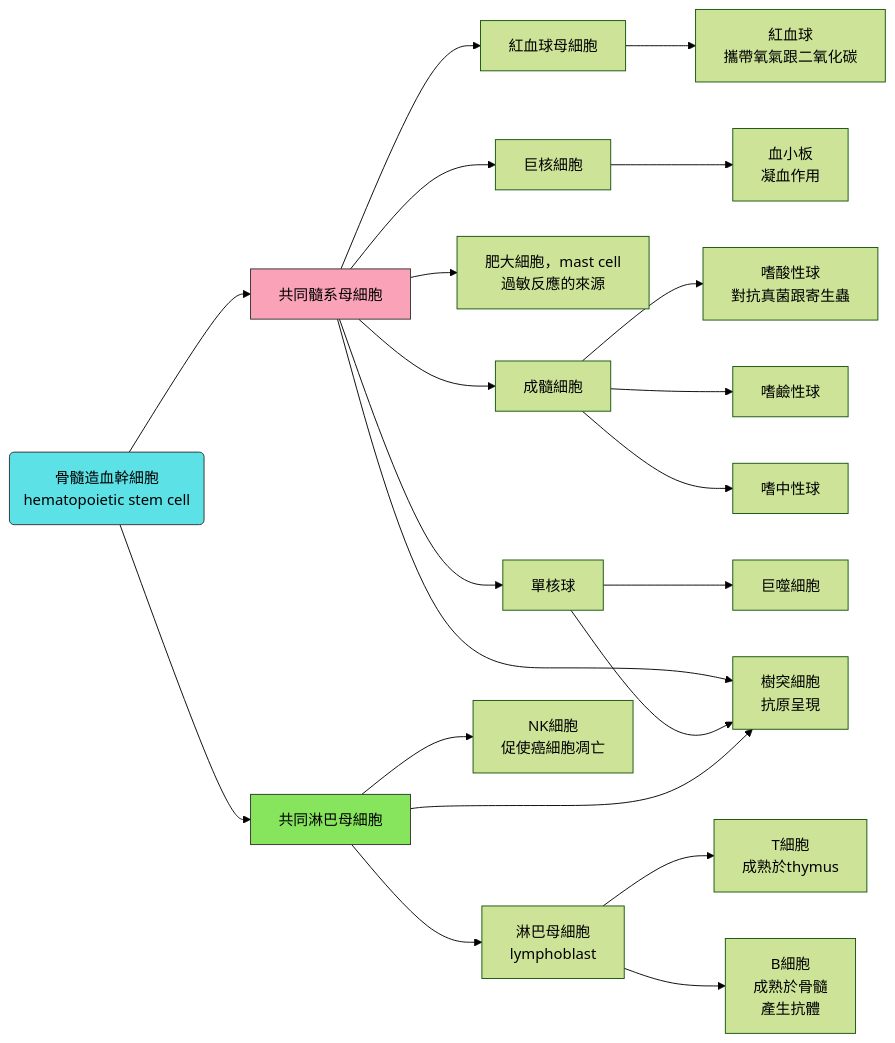
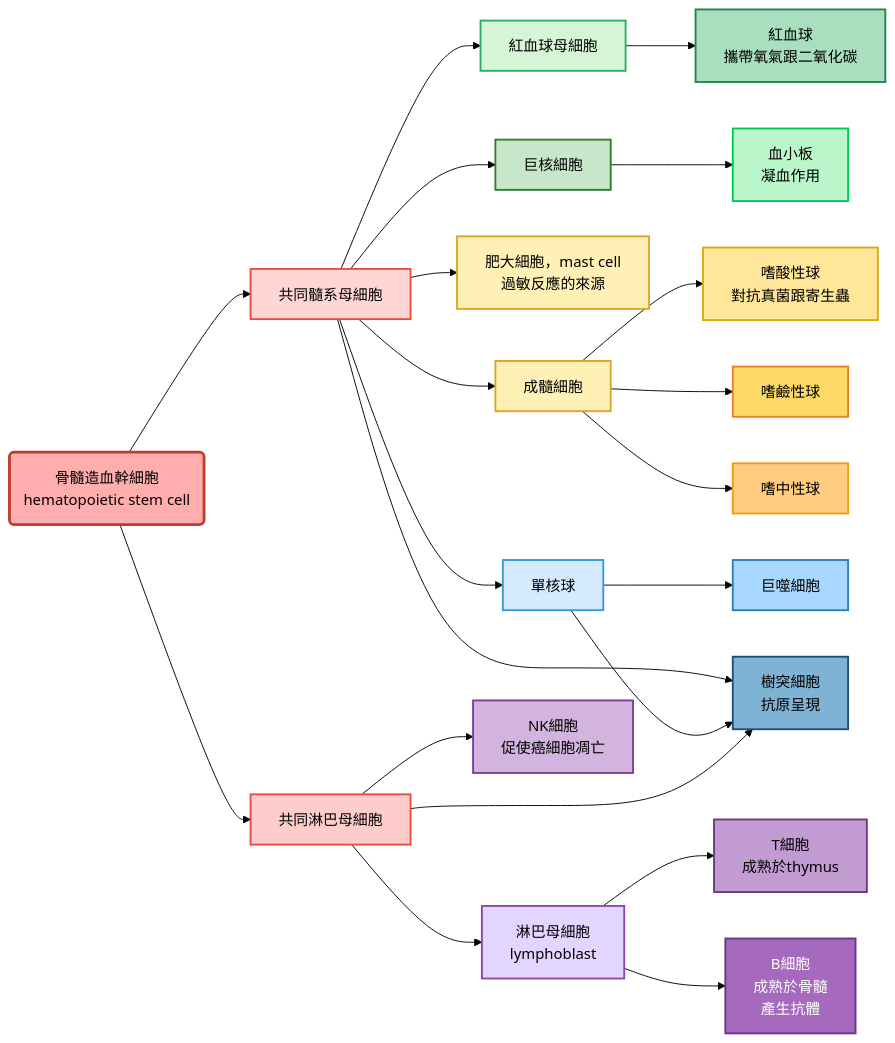
The first of 2 diagrams in Chapter_47_Campbell's biology.md (Jacklyn301/general_bio_1142), drawn with Mermaid (forest theme) before and after one commit.

Commit message:
Update Chapter_47_Campbell's biology.md

````diff
--- a/Chapter_47_Campbell's biology.md
+++ b/Chapter_47_Campbell's biology.md
@@ -54,34 +54,59 @@
 ```mermaid
 graph LR
-a(骨髓造血幹細胞<br>hematopoietic stem cell)
-a-->b[共同髓系母細胞]
-a-->c[共同淋巴母細胞]
+a(骨髓造血幹細胞<br>hematopoietic stem cell):::stem
+a-->b[共同髓系母細胞]:::myeloid
+a-->c[共同淋巴母細胞]:::lymphoid
 
-b-->d[紅血球母細胞]
-b-->e[巨核細胞]
-b-->f[肥大細胞，mast cell<br>過敏反應的來源]
-b-->g[成髓細胞]
-b-->h[單核球]
-b-->i[樹突細胞<br>抗原呈現]
+b-->d[紅血球母細胞]:::erythro
+b-->e[巨核細胞]:::megakaryo
+b-->f[肥大細胞，mast cell<br>過敏反應的來源]:::granulocyte
+b-->g[成髓細胞]:::granulocyte
+b-->h[單核球]:::monocyte
+b-->i[樹突細胞<br>抗原呈現]:::dendritic
 
-d-->s[紅血球<br>攜帶氧氣跟二氧化碳]
-e-->j[血小板<br>凝血作用]
+d-->s[紅血球<br>攜帶氧氣跟二氧化碳]:::erythrocyte
+e-->j[血小板<br>凝血作用]:::platelet
 
-g-->k[嗜酸性球<br>對抗真菌跟寄生蟲]
-g-->l[嗜鹼性球]
-g-->m[嗜中性球]
+g-->k[嗜酸性球<br>對抗真菌跟寄生蟲]:::eosinophil
+g-->l[嗜鹼性球]:::basophil
+g-->m[嗜中性球]:::neutrophil
 
-h-->n[巨噬細胞]
+h-->n[巨噬細胞]:::macrophage
 h-->i
 
-c-->A[淋巴母細胞<br>lymphoblast]
-c-->p[NK細胞<br>促使癌細胞凋亡]
-A-->q[T細胞<br>成熟於thymus]
-A-->r[B細胞<br>成熟於骨髓<br>產生抗體]
+c-->A[淋巴母細胞<br>lymphoblast]:::lymphoblast
+c-->p[NK細胞<br>促使癌細胞凋亡]:::nk
+A-->q[T細胞<br>成熟於thymus]:::tcell
+A-->r[B細胞<br>成熟於骨髓<br>產生抗體]:::bcell
 
 c-->i
 
-style a fill:#5ce1e6, stroke:#333
-style b fill:#faa2b8, stroke:#333
-style c fill:#86e55d, stroke:#333
+%% ========== 顏色定義 ==========
+%% 源頭 (🔴)
+classDef stem fill:#ffadad,stroke:#c0392b,stroke-width:3px,color:#000
+classDef myeloid fill:#ffd6d6,stroke:#e74c3c,stroke-width:2px,color:#000
+classDef lymphoid fill:#ffcccc,stroke:#e74c3c,stroke-width:2px,color:#000
+
+%% 紅血球系 (🟢)
+classDef erythro fill:#d6f5d6,stroke:#27ae60,stroke-width:2px,color:#000
+classDef erythrocyte fill:#a9dfbf,stroke:#1e8449,stroke-width:2px,color:#000
+classDef megakaryo fill:#c8e6c9,stroke:#2e7d32,stroke-width:2px,color:#000
+classDef platelet fill:#b9f6ca,stroke:#00c853,stroke-width:2px,color:#000
+
+%% 顆粒球系 (🟡)
+classDef granulocyte fill:#fff0b5,stroke:#daa520,stroke-width:2px,color:#000
+classDef eosinophil fill:#ffe699,stroke:#d4ac0d,stroke-width:2px,color:#000
+classDef basophil fill:#ffd966,stroke:#e67e22,stroke-width:2px,color:#000
+classDef neutrophil fill:#ffcc80,stroke:#f39c12,stroke-width:2px,color:#000
+
+%% 單核球/巨噬細胞/樹突細胞系 (🔵)
+classDef monocyte fill:#d6eaff,stroke:#3498db,stroke-width:2px,color:#000
+classDef macrophage fill:#a8d8ff,stroke:#2980b9,stroke-width:2px,color:#000
+classDef dendritic fill:#7fb3d5,stroke:#1f4e79,stroke-width:2px,color:#000
+
+%% 淋巴系 (🟣)
+classDef lymphoblast fill:#e0d6ff,stroke:#8e44ad,stroke-width:2px,color:#000
+classDef nk fill:#d2b4de,stroke:#7d3c98,stroke-width:2px,color:#000
+classDef tcell fill:#c39bd3,stroke:#6c3483,stroke-width:2px,color:#000
+classDef bcell fill:#a569bd,stroke:#6c3483,stroke-width:2px,color:#fff
 ```
````
